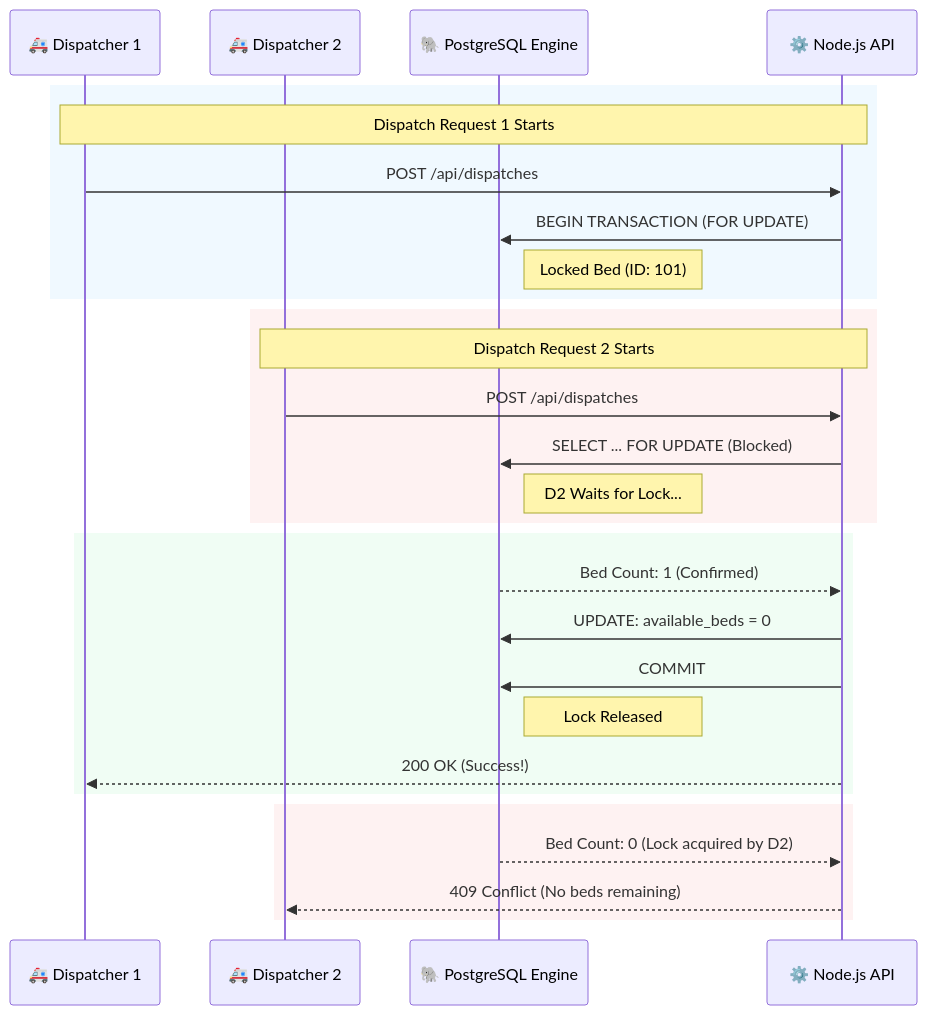
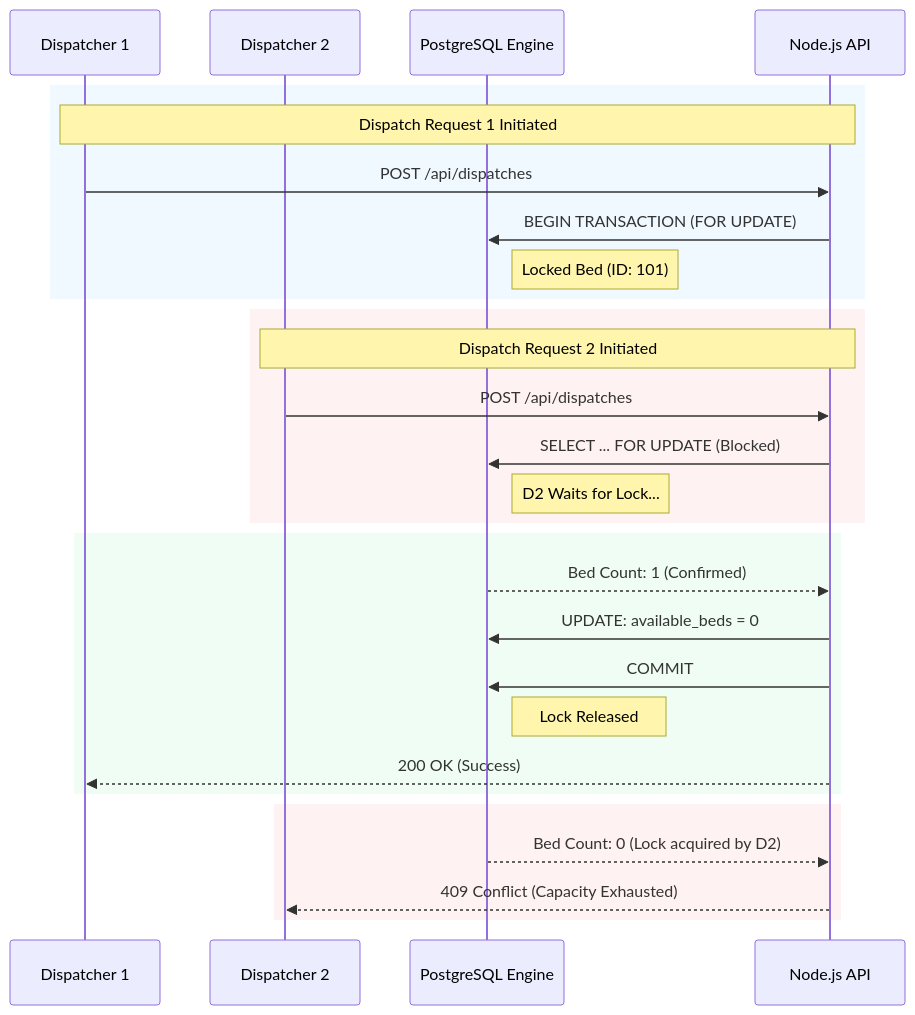
The first of 2 diagrams in docs/system-design.md (rid-coder-70/hospital-bed-system), drawn with Mermaid before and after one commit. The commit also changed other lines of this file and 6 other files, not shown here.

````diff
--- a/docs/system-design.md
+++ b/docs/system-design.md
@@ -18,34 +18,34 @@
 ```mermaid
 sequenceDiagram
-    participant D1 as 🚑 Dispatcher 1
-    participant D2 as 🚑 Dispatcher 2
-    participant DB as 🐘 PostgreSQL Engine
-    participant App as ⚙️ Node.js API
+    participant D1 as Dispatcher 1
+    participant D2 as Dispatcher 2
+    participant DB as PostgreSQL Engine
+    participant App as Node.js API
 
     rect rgb(240, 249, 255)
-      Note over D1, App: Dispatch Request 1 Starts
+      Note over D1, App: Dispatch Request 1 Initiated
       D1->>App: POST /api/dispatches
       App->>DB: BEGIN TRANSACTION (FOR UPDATE)
       Note right of DB: Locked Bed (ID: 101)
     end
 
     rect rgb(254, 242, 242)
-      Note over D2, App: Dispatch Request 2 Starts
+      Note over D2, App: Dispatch Request 2 Initiated
       D2->>App: POST /api/dispatches
       App->>DB: SELECT ... FOR UPDATE (Blocked)
       Note right of DB: D2 Waits for Lock...
     end
 
     rect rgb(240, 253, 244)
       DB-->>App: Bed Count: 1 (Confirmed)
       App->>DB: UPDATE: available_beds = 0
       App->>DB: COMMIT
       Note right of DB: Lock Released
-      App-->>D1: 200 OK (Success!)
+      App-->>D1: 200 OK (Success)
     end
 
     rect rgb(254, 242, 242)
       DB-->>App: Bed Count: 0 (Lock acquired by D2)
-      App-->>D2: 409 Conflict (No beds remaining)
+      App-->>D2: 409 Conflict (Capacity Exhausted)
     end
 ```
````
